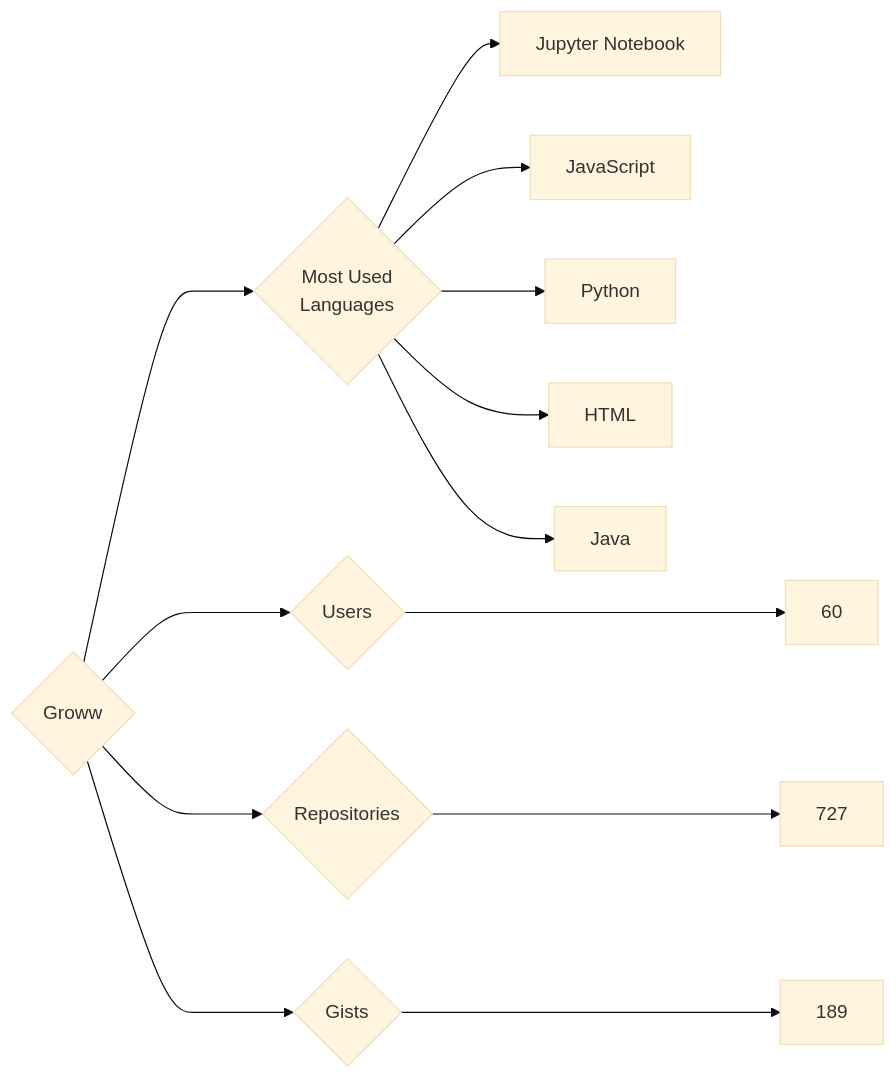
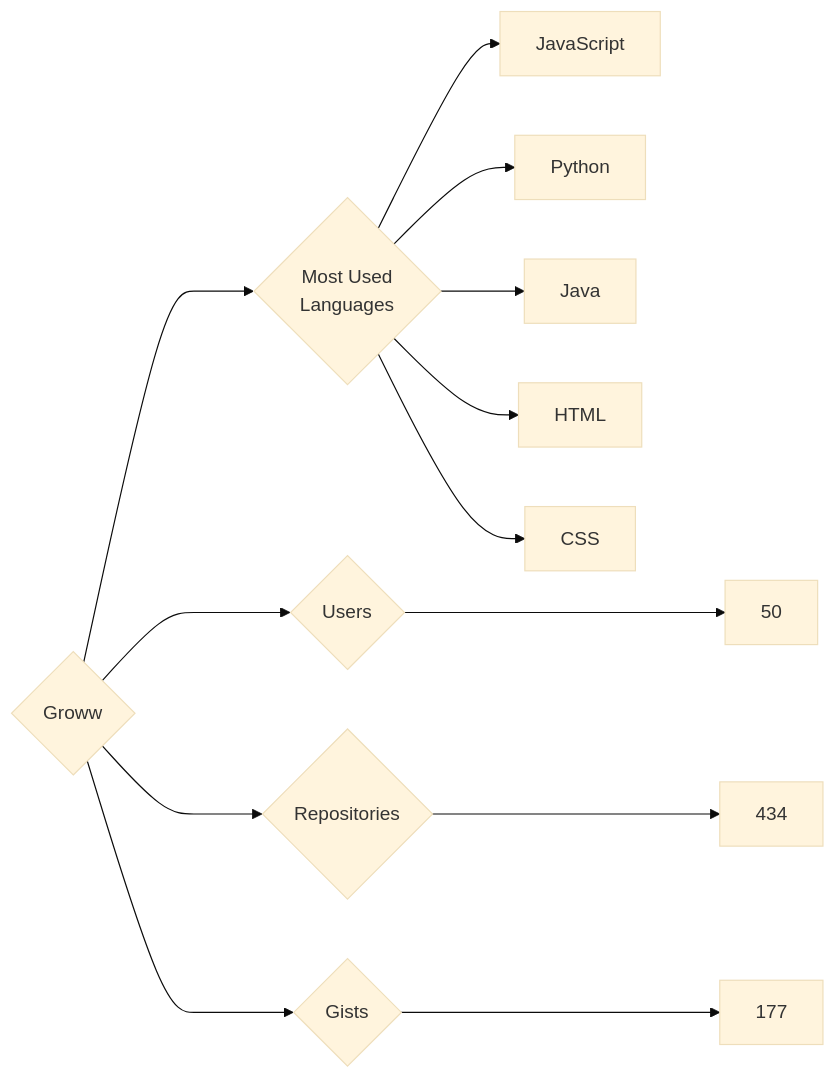
Before and after one commit to trickest/insiders: the diagram in targets/Groww/README.md, drawn with Mermaid (base theme). The commit also changed 888 other files, not shown here.

````diff
--- a/targets/Groww/README.md
+++ b/targets/Groww/README.md
@@ -3,13 +3,13 @@
 ```mermaid
 graph LR
 COMPANY_NAME{Groww}
-COMPANY_NAME ---> U{Users} ---> UN[60]
-COMPANY_NAME ---> R{Repositories} ---> RN[727]
-COMPANY_NAME ---> G{Gists} ---> GN[189]
+COMPANY_NAME ---> U{Users} ---> UN[50]
+COMPANY_NAME ---> R{Repositories} ---> RN[434]
+COMPANY_NAME ---> G{Gists} ---> GN[177]
 COMPANY_NAME ---> ML{Most Used<br>Languages}
-ML --> Jupyter_Notebook[Jupyter Notebook]
 ML --> JavaScript[JavaScript]
 ML --> Python[Python]
+ML --> Java[Java]
 ML --> HTML[HTML]
-ML --> Java[Java]
+ML --> CSS[CSS]
 ```
````
